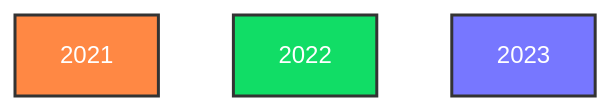
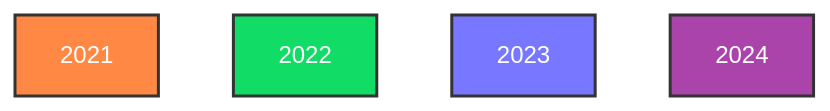
The first of 2 diagrams in README.md (phoyh/aoc-stats), drawn with Mermaid before and after one commit. The commit also changed other lines of this file and 3 other files, not shown here.

````diff
--- a/README.md
+++ b/README.md
@@ -27,6 +31,7 @@
 ```mermaid
 flowchart TD 
 style 2021 fill:#f84,stroke:#333,stroke-width:2px,color:#fff
 style 2022 fill:#1d6,stroke:#333,stroke-width:2px,color:#fff
 style 2023 fill:#77f,stroke:#333,stroke-width:2px,color:#fff
+style 2024 fill:#a4a,stroke:#333,stroke-width:2px,color:#fff
 ```
````
